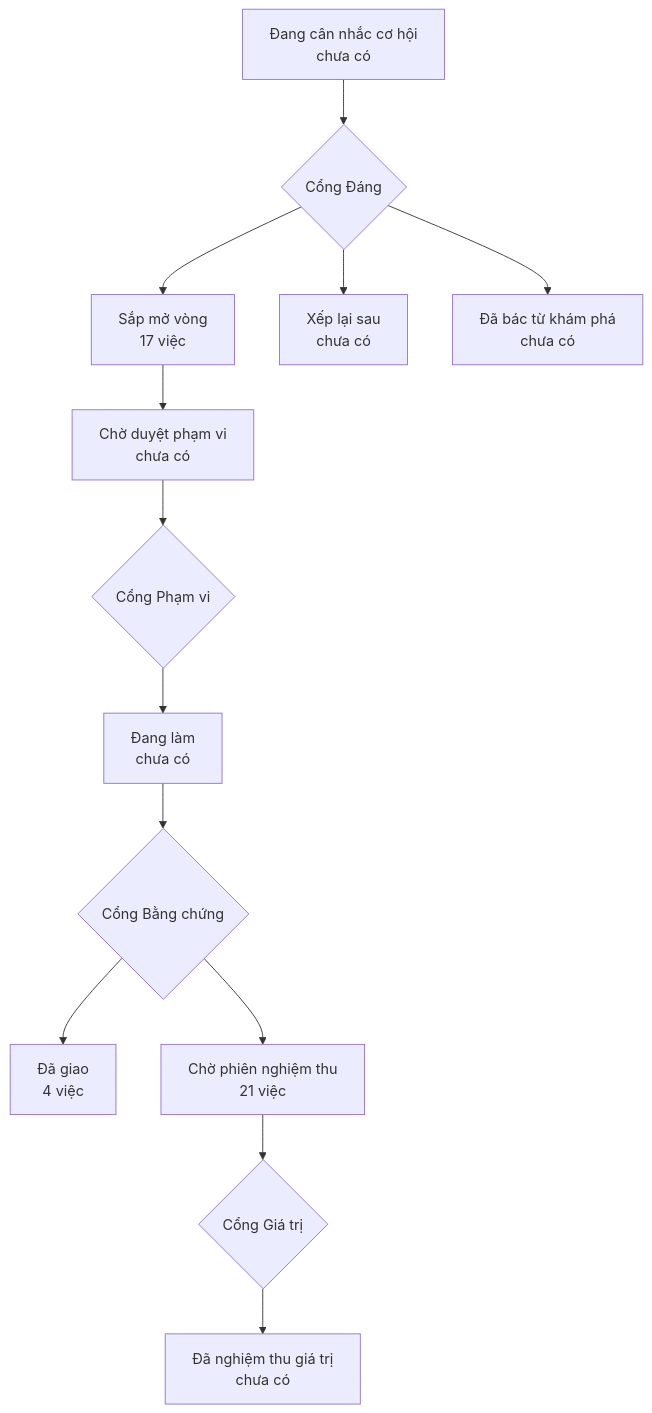
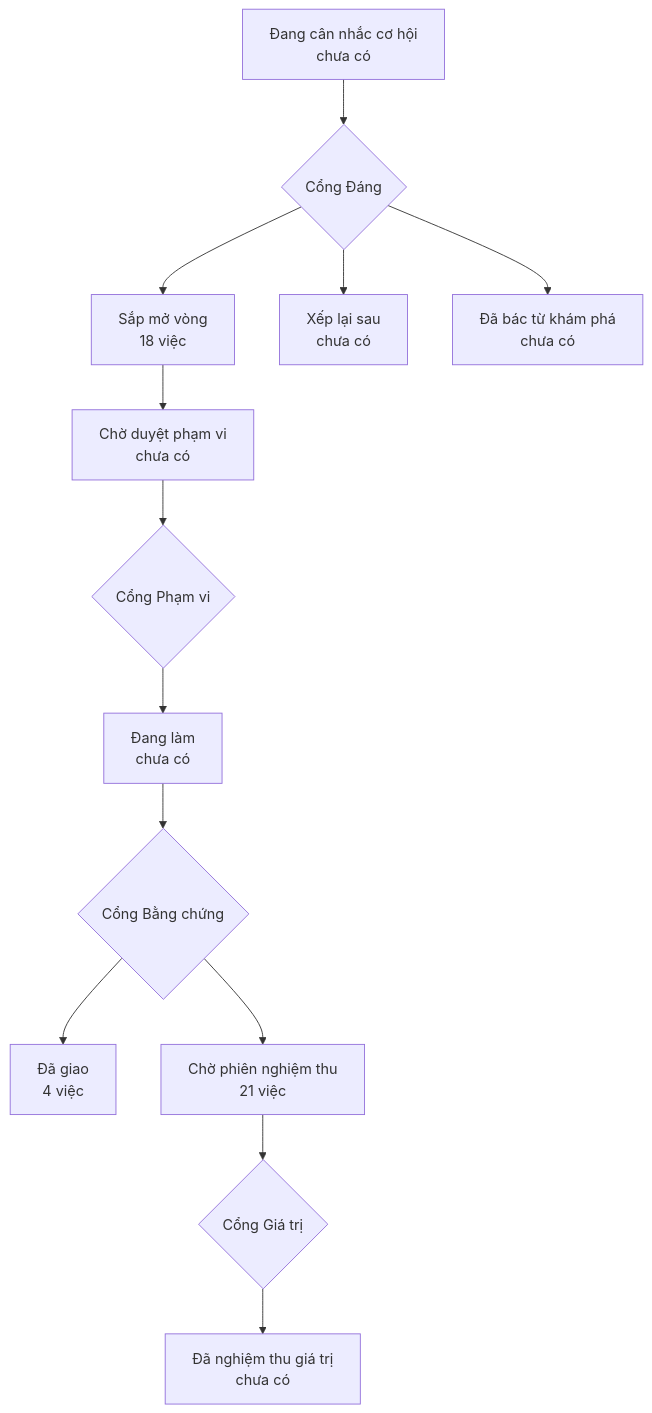
Before and after one commit to phanlemanh/onehub-quy-hang: the diagram in PRODUCT-MAP.md, drawn with Mermaid. The commit also changed other lines of this file and 5 other files, not shown here.

````diff
--- a/PRODUCT-MAP.md
+++ b/PRODUCT-MAP.md
@@ -7,12 +7,12 @@
 ```mermaid
 flowchart TD
   A["Đang cân nhắc cơ hội<br/>chưa có"] --> GD{"Cổng Đáng"}
-  GD --> B["Sắp mở vòng<br/>17 việc"]
+  GD --> B["Sắp mở vòng<br/>18 việc"]
   GD --> XL["Xếp lại sau<br/>chưa có"]
   GD --> DB["Đã bác từ khám phá<br/>chưa có"]
   B --> CD["Chờ duyệt phạm vi<br/>chưa có"] --> GP{"Cổng Phạm vi"}
   GP --> DL["Đang làm<br/>chưa có"] --> GB{"Cổng Bằng chứng"}
   GB --> DG["Đã giao<br/>4 việc"]
   GB --> CN["Chờ phiên nghiệm thu<br/>21 việc"] --> GG{"Cổng Giá trị"}
   GG --> NT["Đã nghiệm thu giá trị<br/>chưa có"]
 ```
````
